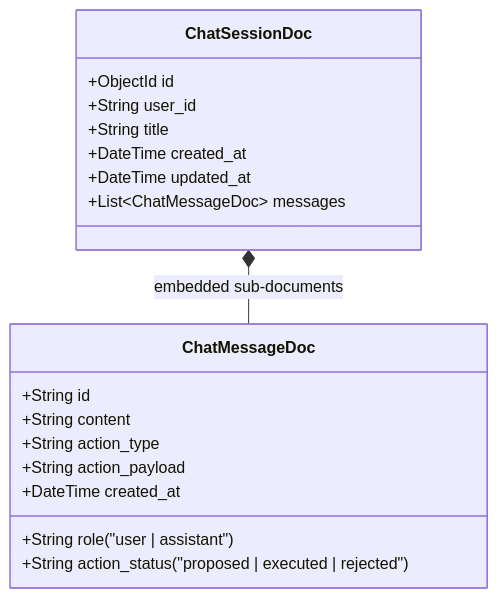
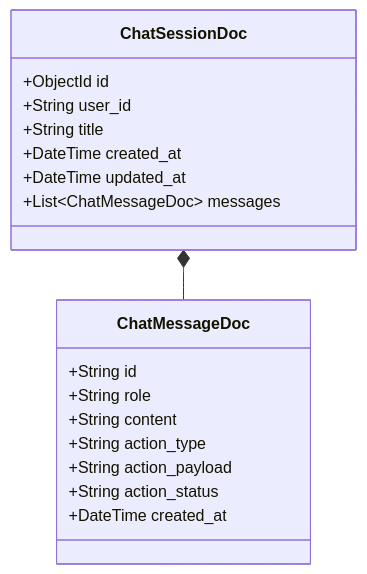
One commit to notysozu/AI-Based-Visual-Risk-and-Compliance-Intelligence-System changed the fifth of 6 diagrams in docs/workflow/08_digital_twin_copilot_chat.md. Above: the diagram before and after it, drawn with Mermaid. The commit also changed other lines of this file and 6 other files, not shown here.

Commit message:
docs: update system architecture, core capabilities, API reference, and workflows with autonomous planner, table parser, and mermaid diagrams

````diff
--- a/docs/workflow/08_digital_twin_copilot_chat.md
+++ b/docs/workflow/08_digital_twin_copilot_chat.md
@@ -89,23 +125,23 @@
 ```mermaid
 classDiagram
   class ChatSessionDoc {
     +ObjectId id
     +String user_id
     +String title
     +DateTime created_at
     +DateTime updated_at
     +List~ChatMessageDoc~ messages
   }
 
   class ChatMessageDoc {
     +String id
-    +String role ("user | assistant")
+    +String role
     +String content
     +String action_type
     +String action_payload
-    +String action_status ("proposed | executed | rejected")
+    +String action_status
     +DateTime created_at
   }
 
-  ChatSessionDoc *-- ChatMessageDoc : embedded sub-documents
+  ChatSessionDoc *-- ChatMessageDoc
 ```
````
